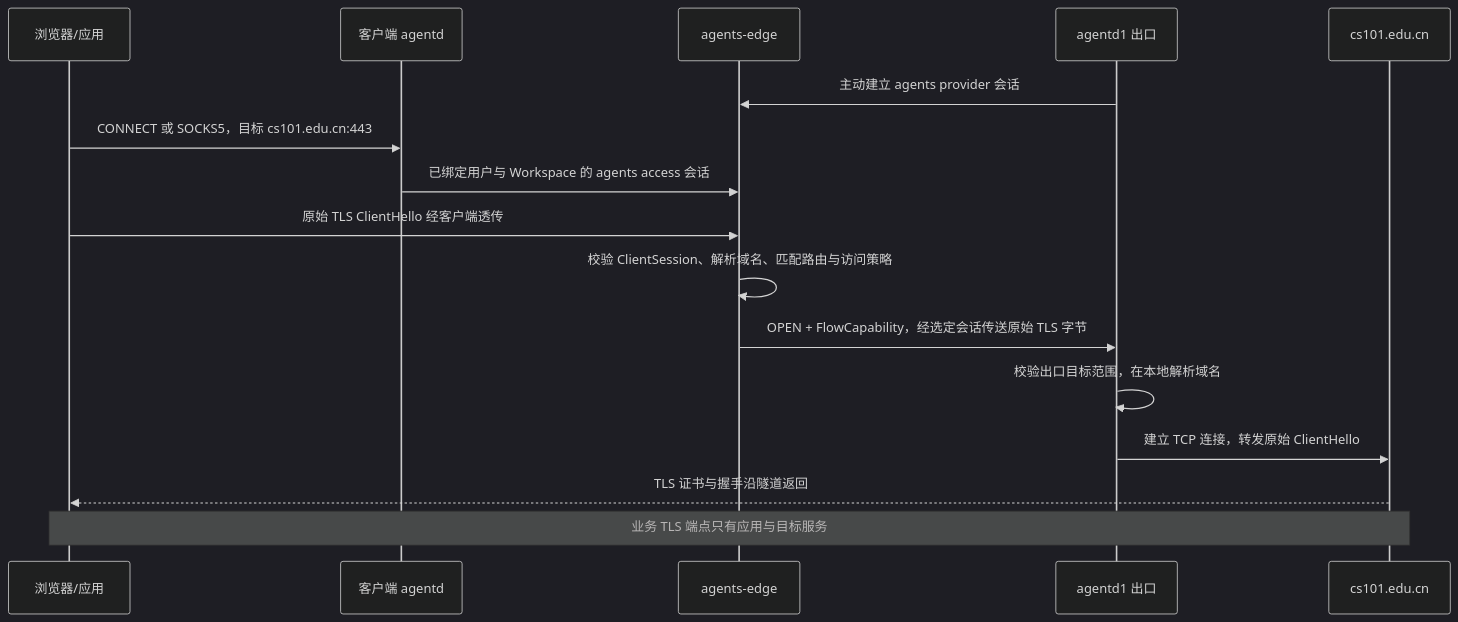
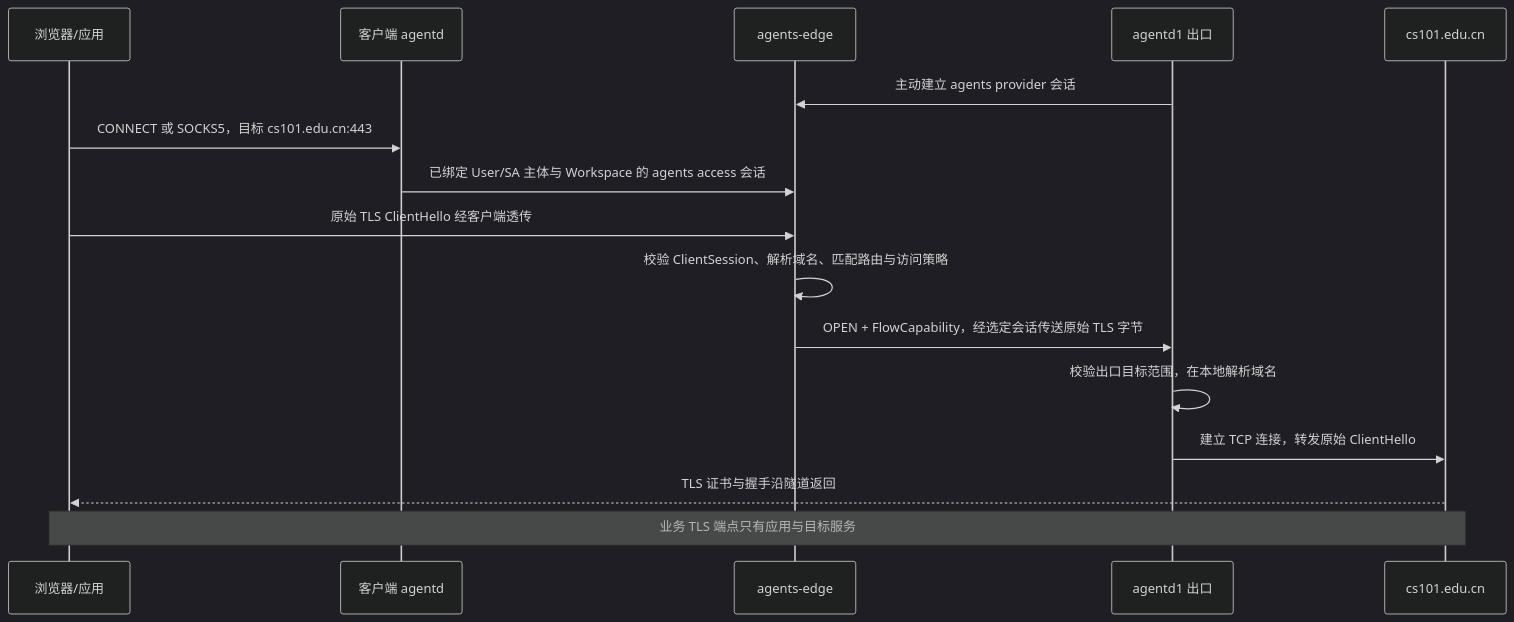
The fourth of 4 diagrams in docs/agents-agentd-architecture.md (Bit-Precise/agentd), drawn with Mermaid (dark theme) before and after one commit. The commit also changed other lines of this file and 4 other files, not shown here.

Commit message:
docs: align agentd identity and OAuth device flow design

````diff
--- a/docs/agents-agentd-architecture.md
+++ b/docs/agents-agentd-architecture.md
@@ -381,18 +394,18 @@
 ```mermaid
 sequenceDiagram
     participant U as 浏览器/应用
     participant C as 客户端 agentd
     participant E as agents-edge
     participant D as agentd1 出口
     participant T as cs101.edu.cn
     D->>E: 主动建立 agents provider 会话
     U->>C: CONNECT 或 SOCKS5，目标 cs101.edu.cn:443
-    C->>E: 已绑定用户与 Workspace 的 agents access 会话
+    C->>E: 已绑定 User/SA 主体与 Workspace 的 agents access 会话
     U->>E: 原始 TLS ClientHello 经客户端透传
     E->>E: 校验 ClientSession、解析域名、匹配路由与访问策略
     E->>D: OPEN + FlowCapability，经选定会话传送原始 TLS 字节
     D->>D: 校验出口目标范围，在本地解析域名
     D->>T: 建立 TCP 连接，转发原始 ClientHello
     T-->>U: TLS 证书与握手沿隧道返回
     Note over U,T: 业务 TLS 端点只有应用与目标服务
 ```
````
